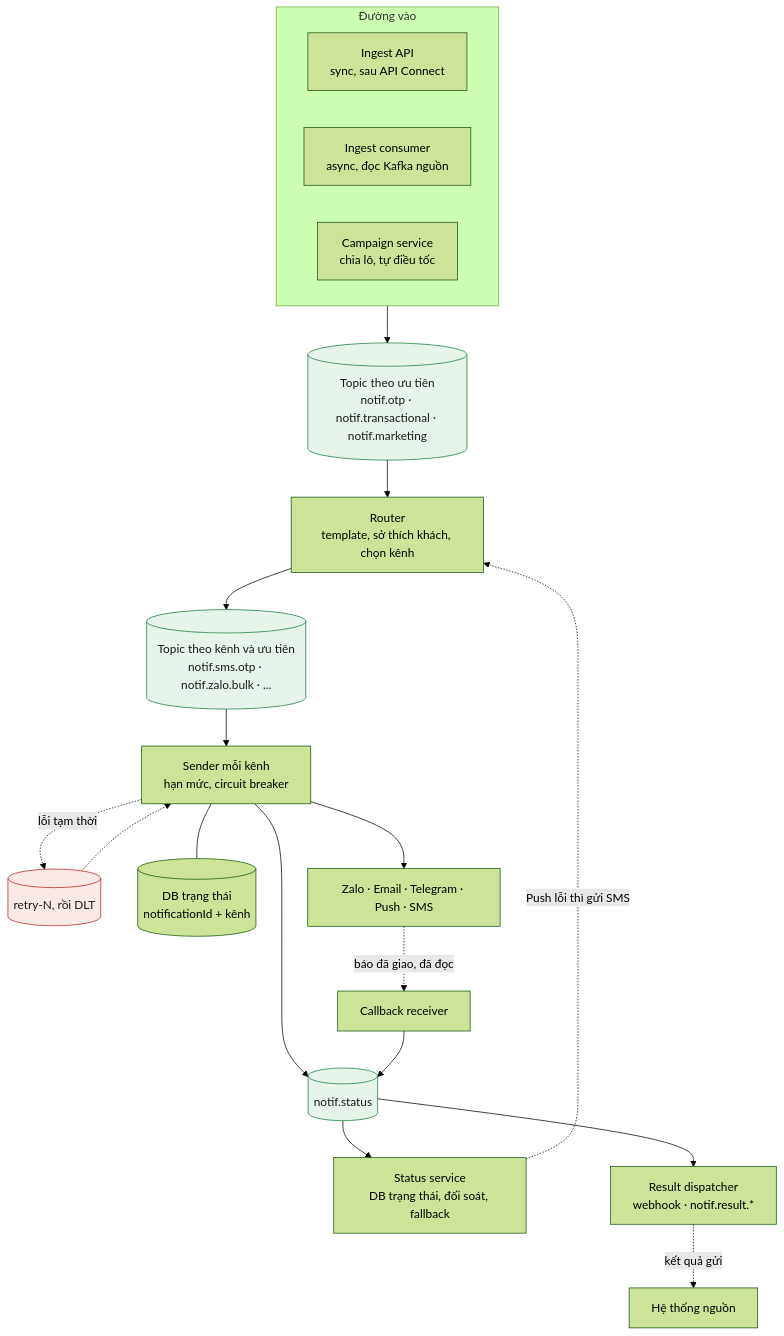
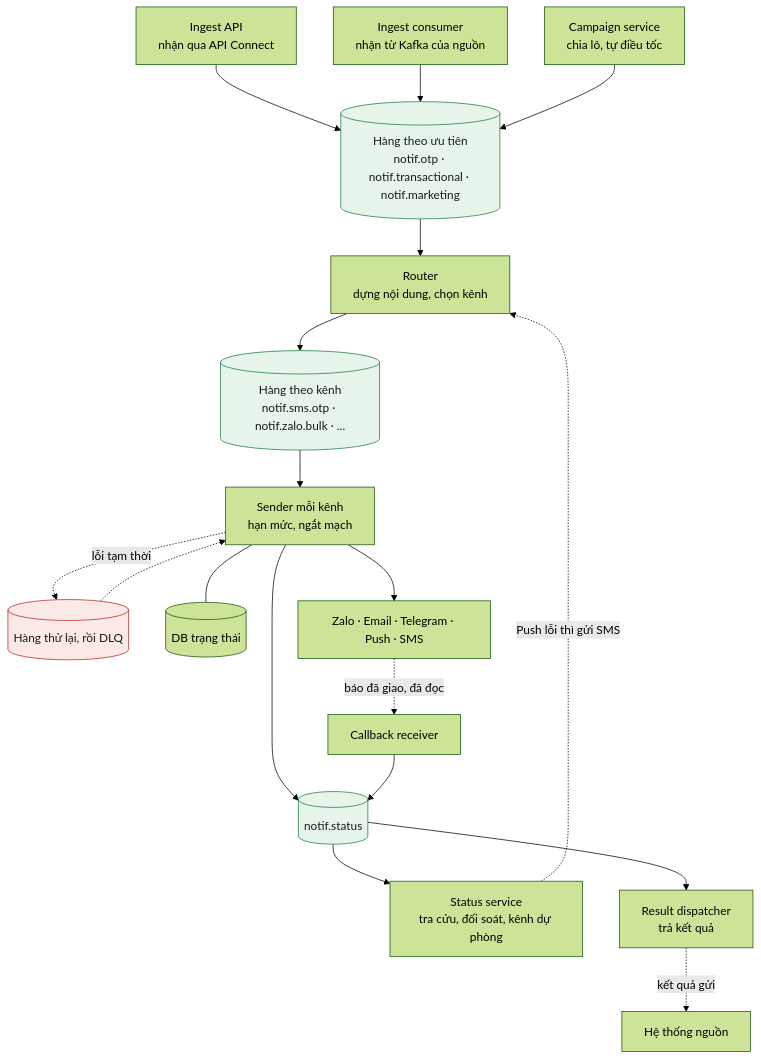
One commit to hainguyen85/kafka-study changed the second of 9 diagrams in lessons/0017-notification-hub.md. Above: the diagram before and after it, drawn with Mermaid (forest theme). The commit also changed other lines of this file and 11 other files, not shown here.

First line of the commit message:
Bài 11: lời thường, bớt chi tiết kỹ thuật; mô phỏng retry và DLQ

````diff
--- a/lessons/0017-notification-hub.md
+++ b/lessons/0017-notification-hub.md
@@ -71,28 +79,24 @@
 ```mermaid
 flowchart TB
-subgraph IN["Đường vào"]
-direction LR
-API["Ingest API<br/>sync, sau API Connect"]
-ING["Ingest consumer<br/>async, đọc Kafka nguồn"]
-CAMP["Campaign service<br/>chia lô, tự điều tốc"]
-end
-IN --> PRI[("Topic theo ưu tiên<br/>notif.otp · notif.transactional · notif.marketing")]
-PRI --> R["Router<br/>template, sở thích khách, chọn kênh"]
-R --> CHT[("Topic theo kênh và ưu tiên<br/>notif.sms.otp · notif.zalo.bulk · ...")]
-CHT --> SND["Sender mỗi kênh<br/>hạn mức, circuit breaker"]
-SND -.->|"lỗi tạm thời"| RT[("retry-N, rồi DLT")]
+API["Ingest API<br/>nhận qua API Connect"] --> PRI[("Hàng theo ưu tiên<br/>notif.otp · notif.transactional · notif.marketing")]
+ING["Ingest consumer<br/>nhận từ Kafka của nguồn"] --> PRI
+CAMP["Campaign service<br/>chia lô, tự điều tốc"] --> PRI
+PRI --> R["Router<br/>dựng nội dung, chọn kênh"]
+R --> CHT[("Hàng theo kênh<br/>notif.sms.otp · notif.zalo.bulk · ...")]
+CHT --> SND["Sender mỗi kênh<br/>hạn mức, ngắt mạch"]
+SND -.->|"lỗi tạm thời"| RT[("Hàng thử lại, rồi DLQ")]
 RT -.-> SND
-SND --- DB[("DB trạng thái<br/>notificationId + kênh")]
+SND --- DB[("DB trạng thái")]
 SND --> PROV["Zalo · Email · Telegram · Push · SMS"]
 SND --> ST[("notif.status")]
 PROV -.->|"báo đã giao, đã đọc"| CR["Callback receiver"]
 CR --> ST
-ST --> STS["Status service<br/>DB trạng thái, đối soát, fallback"]
+ST --> STS["Status service<br/>tra cứu, đối soát, kênh dự phòng"]
 STS -.->|"Push lỗi thì gửi SMS"| R
-ST --> RD["Result dispatcher<br/>webhook · notif.result.*"]
+ST --> RD["Result dispatcher<br/>trả kết quả"]
 RD -.->|"kết quả gửi"| SRC["Hệ thống nguồn"]
 class PRI,CHT,ST ok
 class RT warn
 classDef ok fill:#e6f4ea,stroke:#1b7a3d,color:#1c1b19
 classDef warn fill:#fbe9e7,stroke:#b3261e,color:#1c1b19
 ```
````
